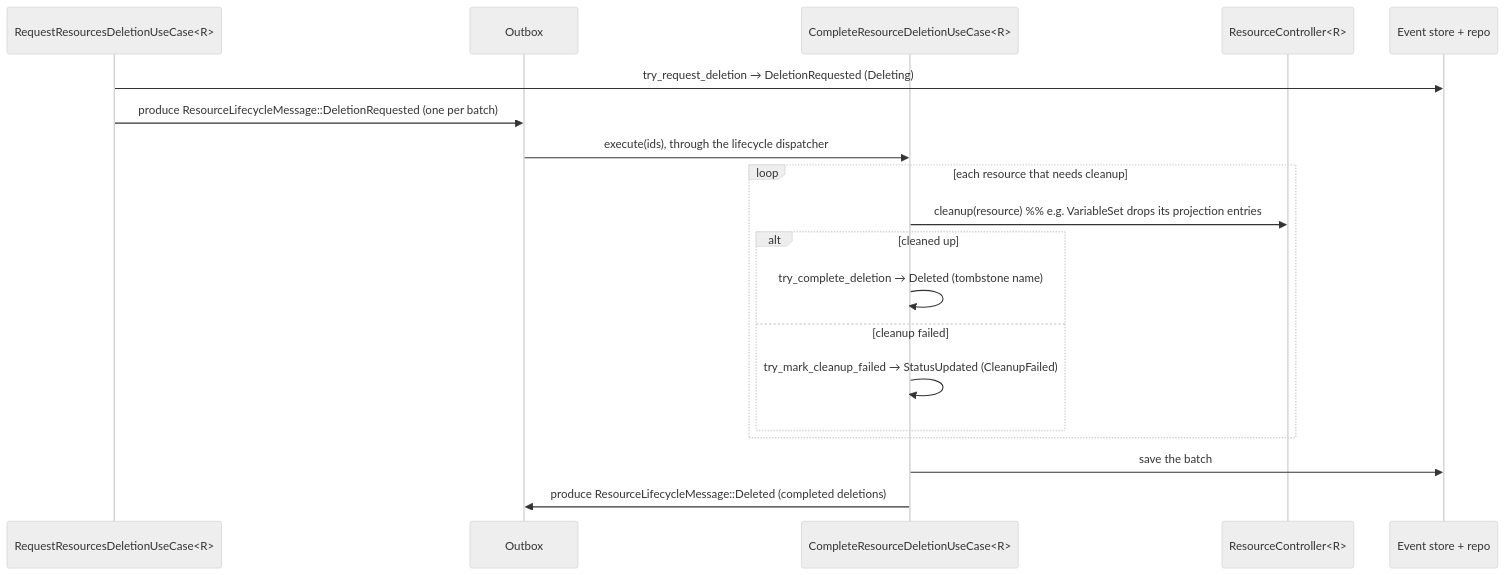
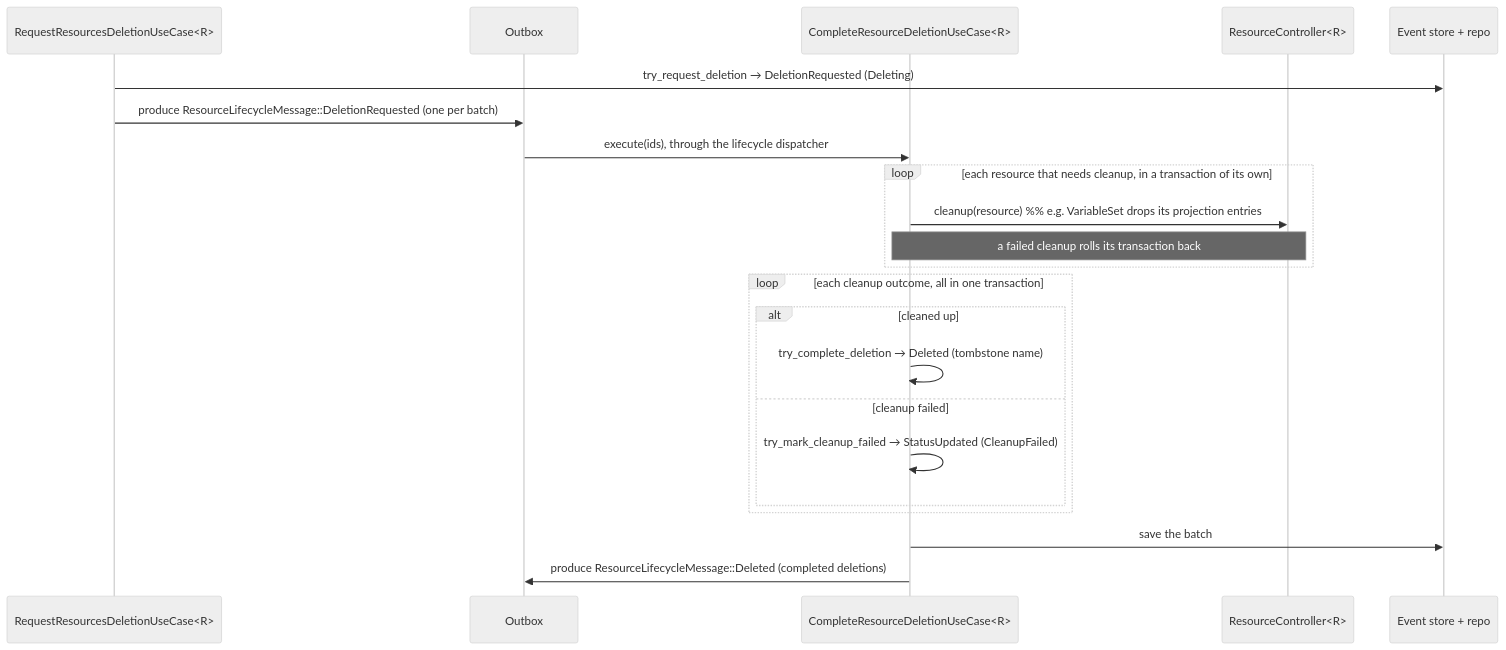
One commit to kamu-data/kamu-cli changed the fourth of 6 diagrams in docs/internal/resources-framework.md. Above: the diagram before and after it, drawn with Mermaid (neutral theme). The commit also changed other lines of this file and 6 other files, not shown here.

Commit message:
Resources: run each deletion cleanup in its own transaction

````diff
--- a/docs/internal/resources-framework.md
+++ b/docs/internal/resources-framework.md
@@ -1352,22 +1352,25 @@
 ```mermaid
 sequenceDiagram
     participant RQ as RequestResourcesDeletionUseCase<R>
     participant OB as Outbox
     participant CD as CompleteResourceDeletionUseCase<R>
     participant Ctl as ResourceController<R>
     participant ST as Event store + repo
 
     RQ->>ST: try_request_deletion → DeletionRequested (Deleting)
     RQ->>OB: produce ResourceLifecycleMessage::DeletionRequested (one per batch)
     OB->>CD: execute(ids), through the lifecycle dispatcher
-    loop each resource that needs cleanup
+    loop each resource that needs cleanup, in a transaction of its own
         CD->>Ctl: cleanup(resource)  %% e.g. VariableSet drops its projection entries
+        Note over CD,Ctl: a failed cleanup rolls its transaction back
+    end
+    loop each cleanup outcome, all in one transaction
         alt cleaned up
             CD->>CD: try_complete_deletion → Deleted (tombstone name)
         else cleanup failed
             CD->>CD: try_mark_cleanup_failed → StatusUpdated (CleanupFailed)
         end
     end
     CD->>ST: save the batch
     CD->>OB: produce ResourceLifecycleMessage::Deleted (completed deletions)
 ```
````
